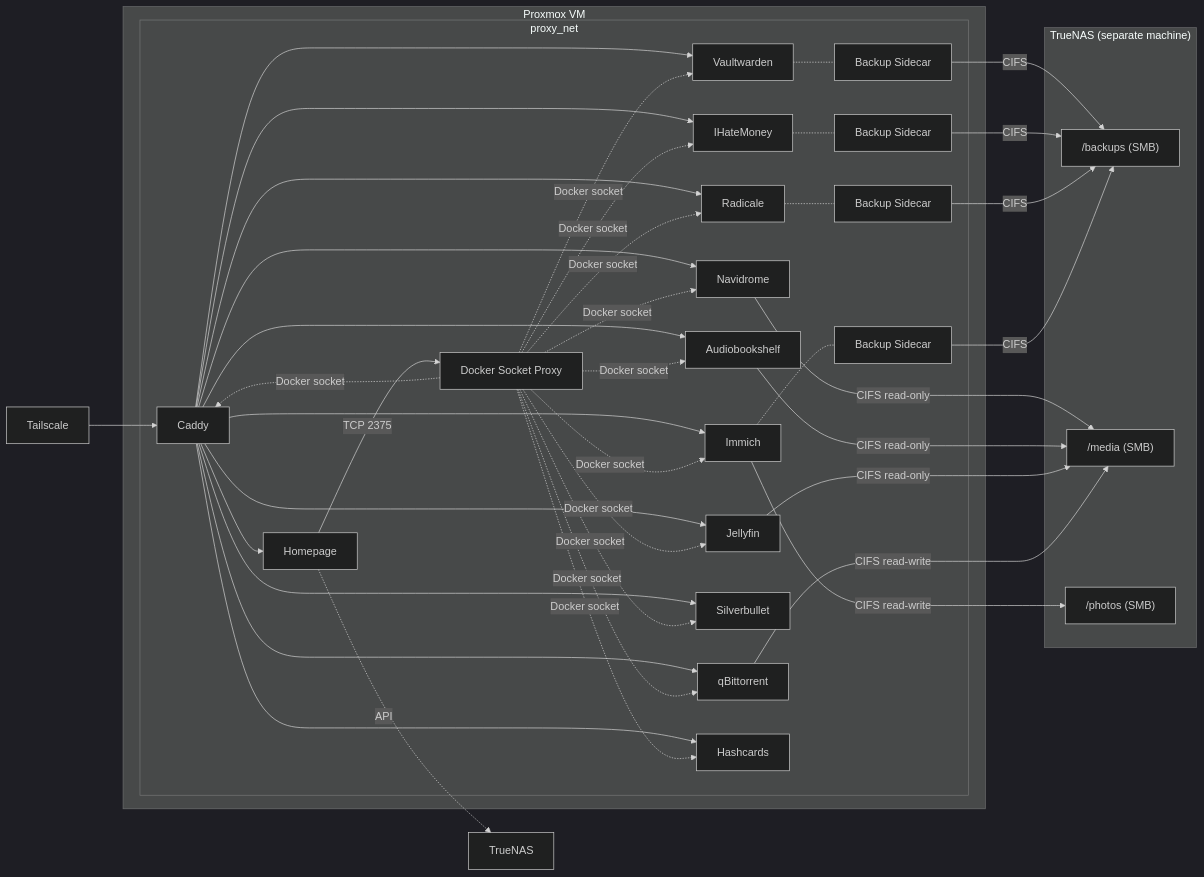
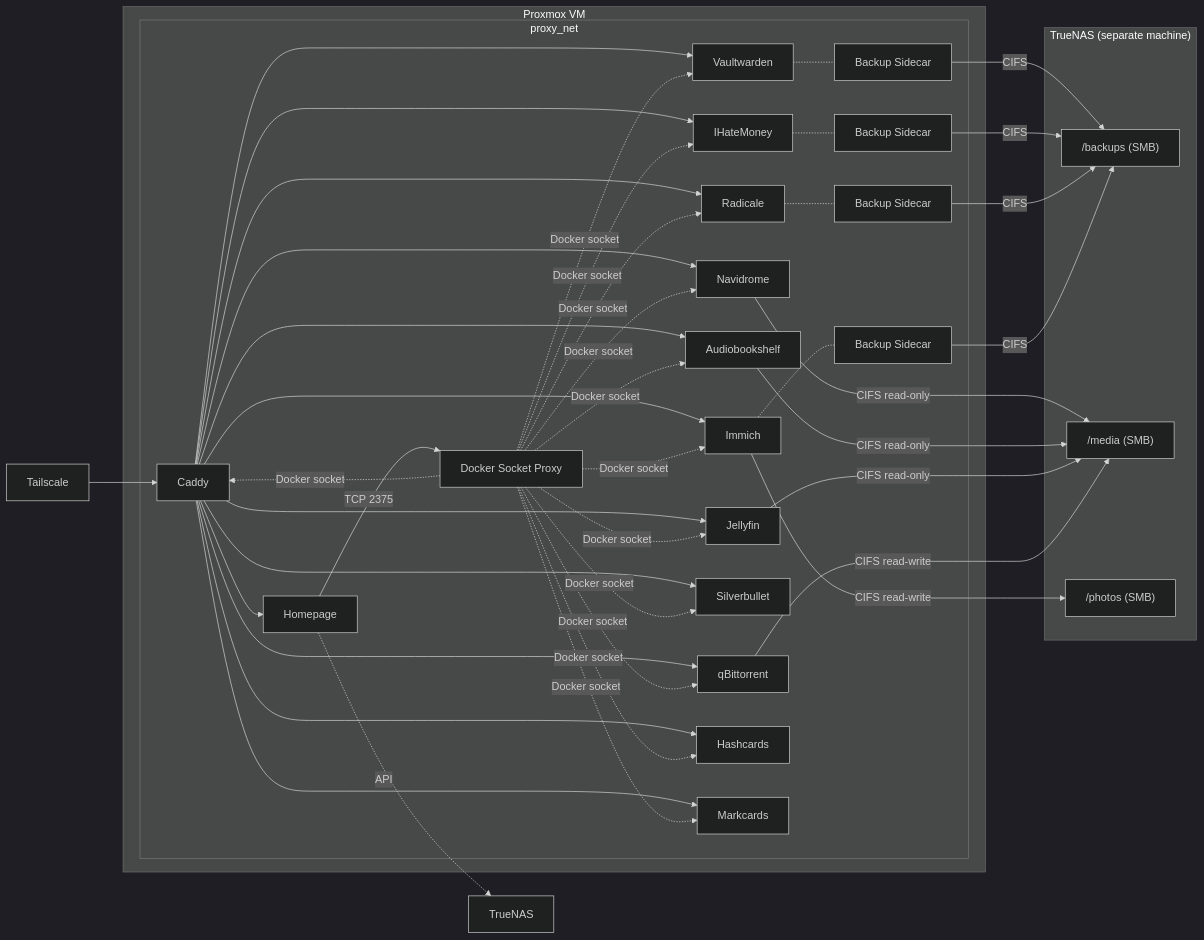
One commit to masolnada/homelab changed the first of 2 diagrams in README.md. Above: the diagram before and after it, drawn with Mermaid (dark theme). The commit also changed other lines of this file and 3 other files, not shown here.

````diff
--- a/README.md
+++ b/README.md
@@ -7,55 +7,57 @@
 ```mermaid
 graph LR
     TS[Tailscale] --> Caddy
 
     subgraph VM["Proxmox VM"]
         subgraph proxy_net
             Caddy --> Homepage
             Caddy --> Vaultwarden
             Caddy --> Navidrome
             Caddy --> Audiobookshelf
             Caddy --> IHateMoney
             Caddy --> Jellyfin
             Caddy --> qBittorrent
             Caddy --> Radicale
             Caddy --> Silverbullet
             Caddy --> Immich[Immich]
             Caddy --> Hashcards
+            Caddy --> Markcards[Markcards]
             Homepage -->|TCP 2375| DockerProxy[Docker Socket Proxy]
             DockerProxy -.->|Docker socket| Caddy
             DockerProxy -.->|Docker socket| Vaultwarden
             DockerProxy -.->|Docker socket| Navidrome
             DockerProxy -.->|Docker socket| Audiobookshelf
             DockerProxy -.->|Docker socket| IHateMoney
             DockerProxy -.->|Docker socket| Jellyfin
             DockerProxy -.->|Docker socket| qBittorrent
             DockerProxy -.->|Docker socket| Radicale
             DockerProxy -.->|Docker socket| Silverbullet
             DockerProxy -.->|Docker socket| Immich
             DockerProxy -.->|Docker socket| Hashcards
+            DockerProxy -.->|Docker socket| Markcards
             Vaultwarden -.- Backup[Backup Sidecar]
             IHateMoney -.- IHMBackup[Backup Sidecar]
             Radicale -.- RadBackup[Backup Sidecar]
             Immich -.- ImmichBackup[Backup Sidecar]
         end
     end
 
     subgraph NAS["TrueNAS (separate machine)"]
         backups["/backups (SMB)"]
         media["/media (SMB)"]
         photos["/photos (SMB)"]
     end
 
     Homepage -.->|API| TrueNAS
 
     Backup -->|CIFS| backups
     IHMBackup -->|CIFS| backups
     RadBackup -->|CIFS| backups
     ImmichBackup -->|CIFS| backups
 
     Navidrome -->|CIFS read-only| media
     Audiobookshelf -->|CIFS read-only| media
     Jellyfin -->|CIFS read-only| media
     qBittorrent -->|CIFS read-write| media
     Immich -->|CIFS read-write| photos
 ```
````
